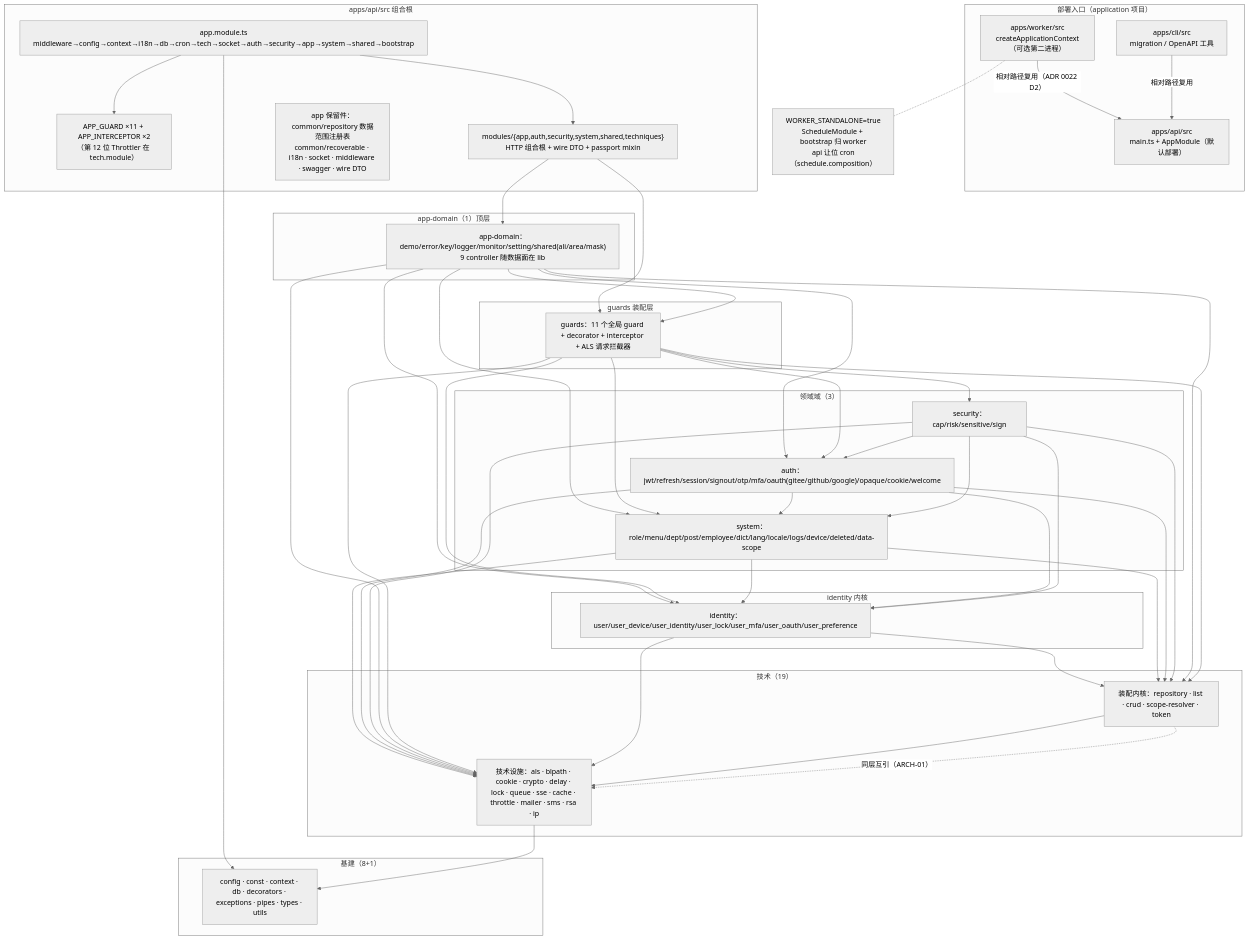
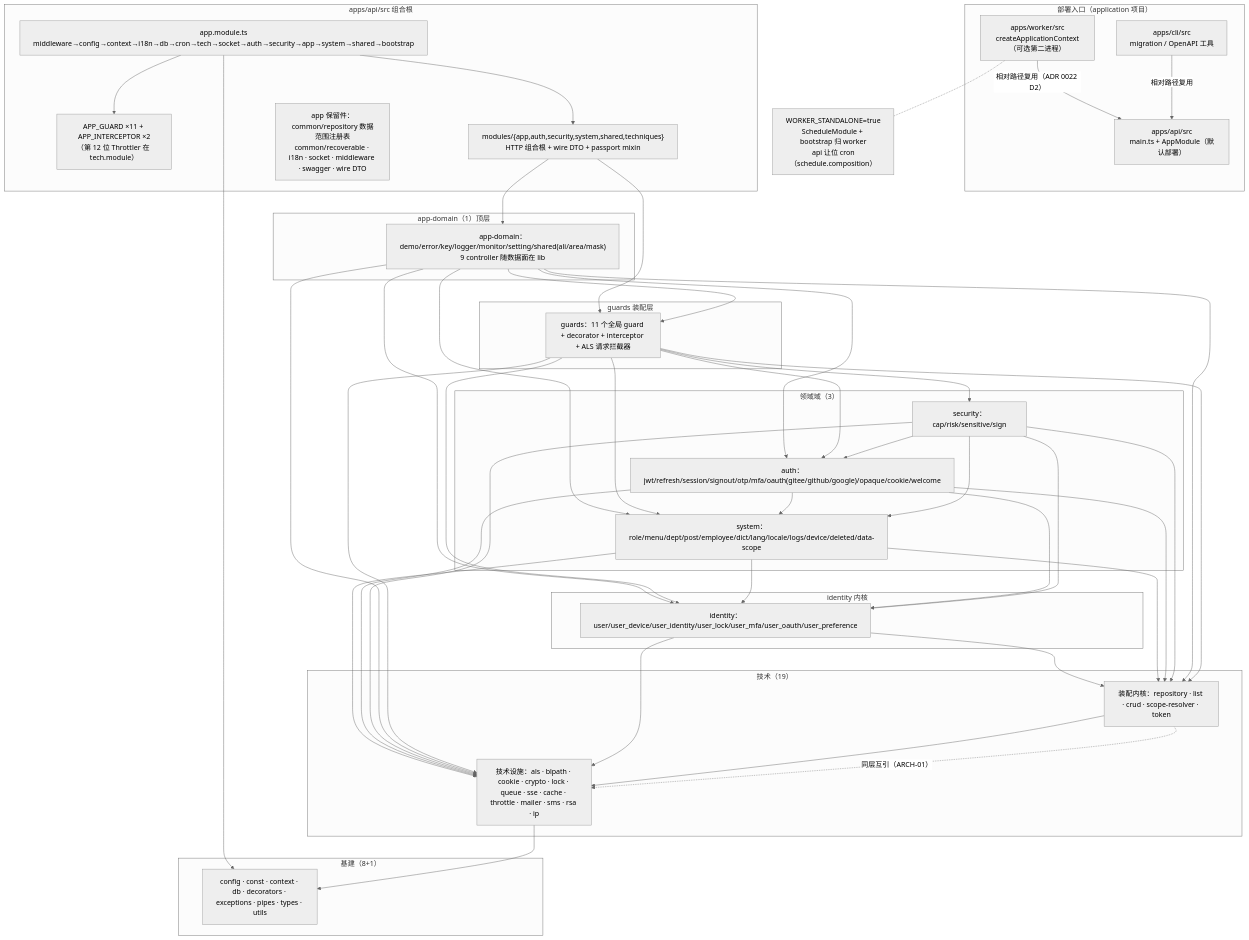
The diagram in apps/docs/src/zh-CN/content/review/backend/architecture.md (walnut-admin/walnut-admin), drawn with Mermaid (neutral theme) before and after one commit. The commit also changed other lines of this file and 22 other files, not shown here.

````diff
--- a/apps/docs/src/zh-CN/content/review/backend/architecture.md
+++ b/apps/docs/src/zh-CN/content/review/backend/architecture.md
@@ -44,63 +44,63 @@
 ```mermaid
 flowchart TB
   subgraph ENTRY[部署入口（application 项目）]
     API["apps/api/src<br/>main.ts + AppModule（默认部署）"]
     WORKER["apps/worker/src<br/>createApplicationContext（可选第二进程）"]
     CLI["apps/cli/src<br/>migration / OpenAPI 工具"]
   end
 
   WORKER -- "相对路径复用（ADR 0022 D2）" --> API
   CLI -- "相对路径复用" --> API
   WORKER -.- WS["WORKER_STANDALONE=true<br/>ScheduleModule + bootstrap 归 worker<br/>api 让位 cron（schedule.composition）"]
 
   subgraph APP[apps/api/src 组合根]
     AM["app.module.ts<br/>middleware→config→context→i18n→db→cron→tech→socket→auth→security→app→system→shared→bootstrap"]
     GUARDS["APP_GUARD ×11 + APP_INTERCEPTOR ×2<br/>（第 12 位 Throttler 在 tech.module）"]
     HTTPROOT["modules/{app,auth,security,system,shared,techniques}<br/>HTTP 组合根 + wire DTO + passport mixin"]
     APPKEEP["app 保留件：common/repository 数据范围注册表<br/>common/recoverable · i18n · socket · middleware · swagger · wire DTO"]
   end
 
   AM --> HTTPROOT
   AM --> GUARDS
 
   subgraph L6[app-domain（1）顶层]
     AD["app-domain：demo/error/key/logger/monitor/setting/shared(ali/area/mask)<br/>9 controller 随数据面在 lib"]
   end
   subgraph L5[guards 装配层]
     GD["guards：11 个全局 guard + decorator + interceptor + ALS 请求拦截器"]
   end
   subgraph L4[领域域（3）]
     SY["system：role/menu/dept/post/employee/dict/lang/locale/logs/device/deleted/data-scope"]
     AU["auth：jwt/refresh/session/signout/otp/mfa/oauth(gitee/github/google)/opaque/cookie/welcome"]
     SE["security：cap/risk/sensitive/sign"]
   end
   subgraph L3[identity 内核]
     ID["identity：user/user_device/user_identity/user_lock/user_mfa/user_oauth/user_preference"]
   end
   subgraph L2[技术（19）]
     T2["装配内核：repository · list · crud · scope-resolver · token"]
-    T1["技术设施：als · blpath · cookie · crypto · delay · lock · queue · sse · cache · throttle · mailer · sms · rsa · ip"]
+    T1["技术设施：als · blpath · cookie · crypto · lock · queue · sse · cache · throttle · mailer · sms · rsa · ip"]
   end
   subgraph L1[基建（8+1）]
     B["config · const · context · db · decorators · exceptions · pipes · types · utils"]
   end
 
   HTTPROOT --> AD
   HTTPROOT --> GD
   AM --> B
   AD --> GD
   AD --> SY & AU & ID
   GD --> SE & SY & ID & AU
   SY --> ID
   AU --> ID
   AU --> SY
   SE --> AU
   SE --> SY
   SE --> ID
   ID --> T2
   SY & AU & SE & AD & GD --> T2
   SY & AU & SE & AD & GD & ID --> T1
   T2 --> T1
   T1 --> B
   T2 -. "同层互引（ARCH-01）" .-> T1
 ```
````
